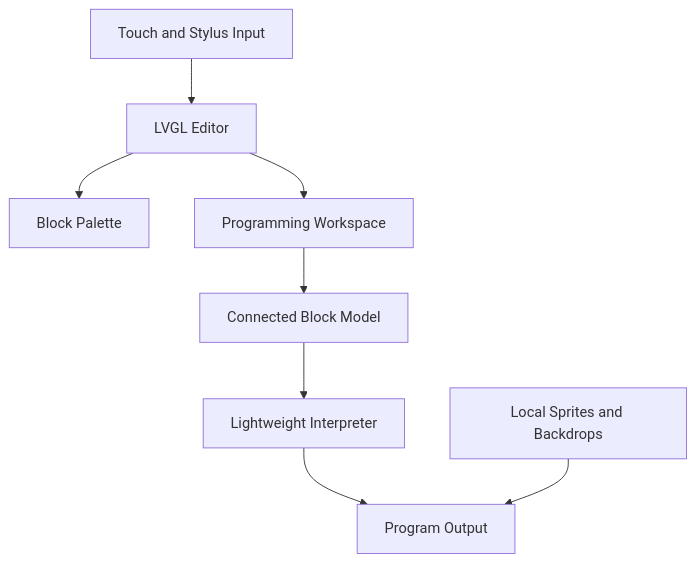
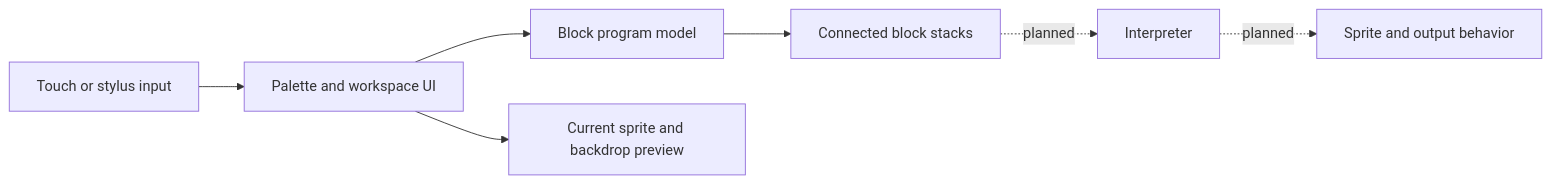
One commit to aranis22/BitBlocks changed the diagram in README.md. Above: the diagram before and after it, drawn with Mermaid. The commit also changed other lines of this file and 1 other file, not shown here.

````diff
--- a/README.md
+++ b/README.md
@@ -108,19 +97,16 @@
 ```mermaid
-flowchart TB
-    Touch["Touch and Stylus Input"]
-    UI["LVGL Editor"]
-    Palette["Block Palette"]
-    Workspace["Programming Workspace"]
-    Model["Connected Block Model"]
-    Runtime["Lightweight Interpreter"]
-    Media["Local Sprites and Backdrops"]
-    Output["Program Output"]
+flowchart LR
+    Touch[Touch or stylus input]
+    UI[Palette and workspace UI]
+    Model[Block program model]
+    Stacks[Connected block stacks]
+    Runtime[Interpreter]
+    Output[Sprite and output behavior]
 
     Touch --> UI
-    UI --> Palette
-    UI --> Workspace
-    Workspace --> Model
-    Model --> Runtime
-    Runtime --> Output
-    Media --> Output
+    UI --> Model
+    Model --> Stacks
+    Stacks -. planned .-> Runtime
+    Runtime -. planned .-> Output
+    UI --> Preview[Current sprite and backdrop preview]
 ```
````
